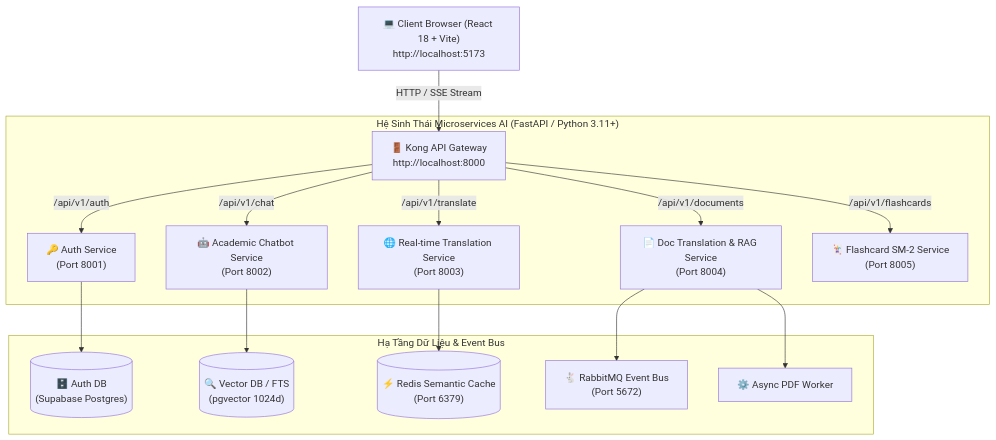
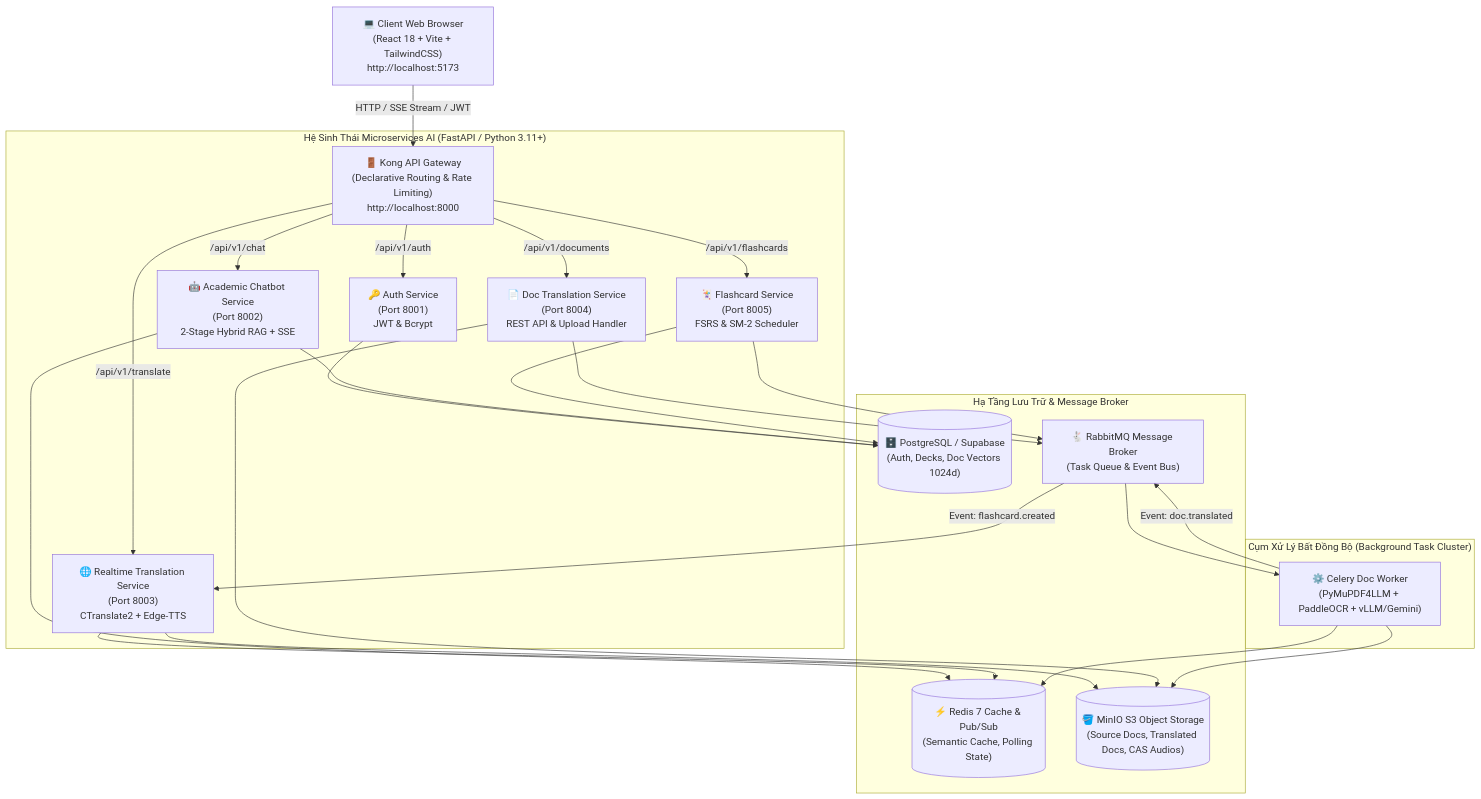
Before and after one commit to baovr125/IUH_Academic_Counseling_Chatbot: the first of 3 diagrams in README.md, drawn with Mermaid. The commit also changed other lines of this file, not shown here.

````diff
--- a/README.md
+++ b/README.md
@@ -44,20 +110,38 @@
 ```mermaid
 flowchart TD
-    Client["💻 Client Browser (React 18 + Vite)\nhttp://localhost:5173"] -->|HTTP / SSE Stream| Gateway["🚪 Kong API Gateway\nhttp://localhost:8000"]
+    Client["💻 Client Web Browser\n(React 18 + Vite + TailwindCSS)\nhttp://localhost:5173"] -->|HTTP / SSE Stream / JWT| Gateway["🚪 Kong API Gateway\n(Declarative Routing & Rate Limiting)\nhttp://localhost:8000"]
     
     subgraph Core_Microservices ["Hệ Sinh Thái Microservices AI (FastAPI / Python 3.11+)"]
-        Gateway -->|/api/v1/auth| AuthSvc["🔑 Auth Service\n(Port 8001)"]
-        Gateway -->|/api/v1/chat| ChatSvc["🤖 Academic Chatbot Service\n(Port 8002)"]
-        Gateway -->|/api/v1/translate| TransSvc["🌐 Real-time Translation Service\n(Port 8003)"]
-        Gateway -->|/api/v1/documents| DocSvc["📄 Doc Translation & RAG Service\n(Port 8004)"]
-        Gateway -->|/api/v1/flashcards| FlashSvc["🃏 Flashcard SM-2 Service\n(Port 8005)"]
+        Gateway -->|/api/v1/auth| AuthSvc["🔑 Auth Service\n(Port 8001)\nJWT & Bcrypt"]
+        Gateway -->|/api/v1/chat| ChatSvc["🤖 Academic Chatbot Service\n(Port 8002)\n2-Stage Hybrid RAG + SSE"]
+        Gateway -->|/api/v1/translate| TransSvc["🌐 Realtime Translation Service\n(Port 8003)\nCTranslate2 + Edge-TTS"]
+        Gateway -->|/api/v1/documents| DocSvc["📄 Doc Translation Service\n(Port 8004)\nREST API & Upload Handler"]
+        Gateway -->|/api/v1/flashcards| FlashSvc["🃏 Flashcard Service\n(Port 8005)\nFSRS & SM-2 Scheduler"]
     end
 
-    subgraph Infrastructure ["Hạ Tầng Dữ Liệu & Event Bus"]
-        AuthSvc --> Supabase[("🗄️ Auth DB\n(Supabase Postgres)")]
-        ChatSvc --> VectorDB[("🔍 Vector DB / FTS\n(pgvector 1024d)")]
-        TransSvc --> RedisCache[("⚡ Redis Semantic Cache\n(Port 6379)")]
-        DocSvc --> RabbitMQ["🐇 RabbitMQ Event Bus\n(Port 5672)"]
-        DocSvc --> CeleryWorker["⚙️ Async PDF Worker"]
+    subgraph Async_Worker_Cluster ["Cụm Xử Lý Bất Đồng Bộ (Background Task Cluster)"]
+        DocWorker["⚙️ Celery Doc Worker\n(PyMuPDF4LLM + PaddleOCR + vLLM/Gemini)"]
     end
+
+    subgraph Infrastructure_Storage ["Hạ Tầng Lưu Trữ & Message Broker"]
+        Supabase[("🗄️ PostgreSQL / Supabase\n(Auth, Decks, Doc Vectors 1024d)")]
+        RedisCache[("⚡ Redis 7 Cache & Pub/Sub\n(Semantic Cache, Polling State)")]
+        RabbitMQ["🐇 RabbitMQ Message Broker\n(Task Queue & Event Bus)"]
+        MinIOS3[("🪣 MinIO S3 Object Storage\n(Source Docs, Translated Docs, CAS Audios)")]
+    end
+
+    AuthSvc --> Supabase
+    ChatSvc --> Supabase
+    ChatSvc --> RedisCache
+    TransSvc --> RedisCache
+    TransSvc --> MinIOS3
+    DocSvc --> MinIOS3
+    DocSvc --> RabbitMQ
+    RabbitMQ --> DocWorker
+    DocWorker --> RedisCache
+    DocWorker --> MinIOS3
+    DocWorker -->|Event: doc.translated| RabbitMQ
+    RabbitMQ -->|Event: flashcard.created| TransSvc
+    FlashSvc --> Supabase
+    FlashSvc --> RabbitMQ
 ```
````
